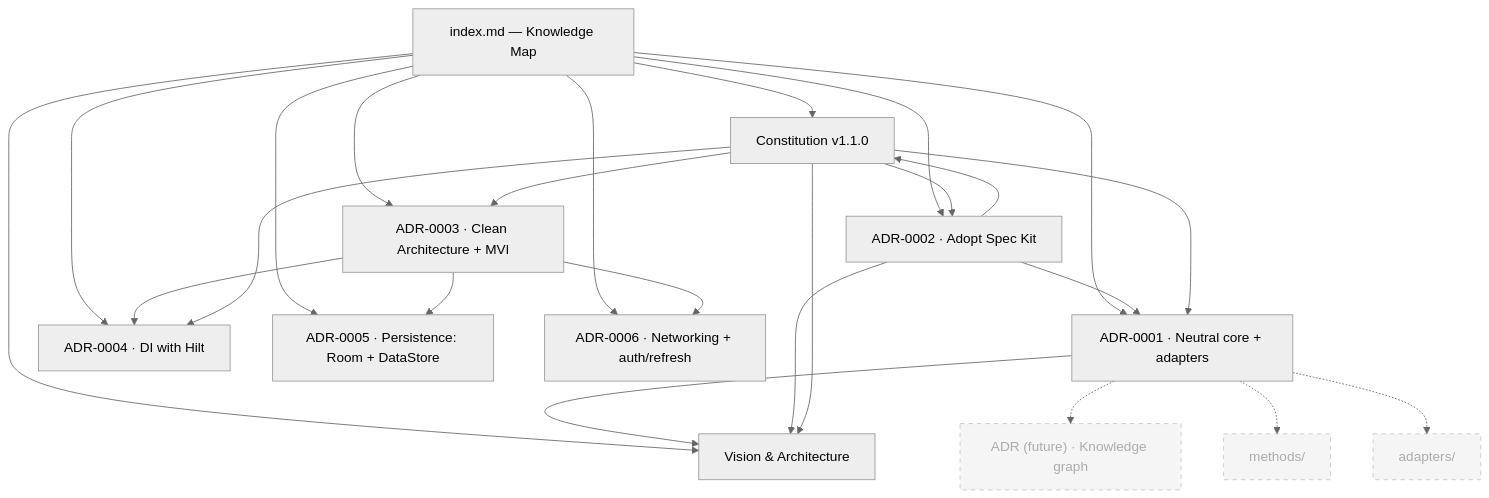
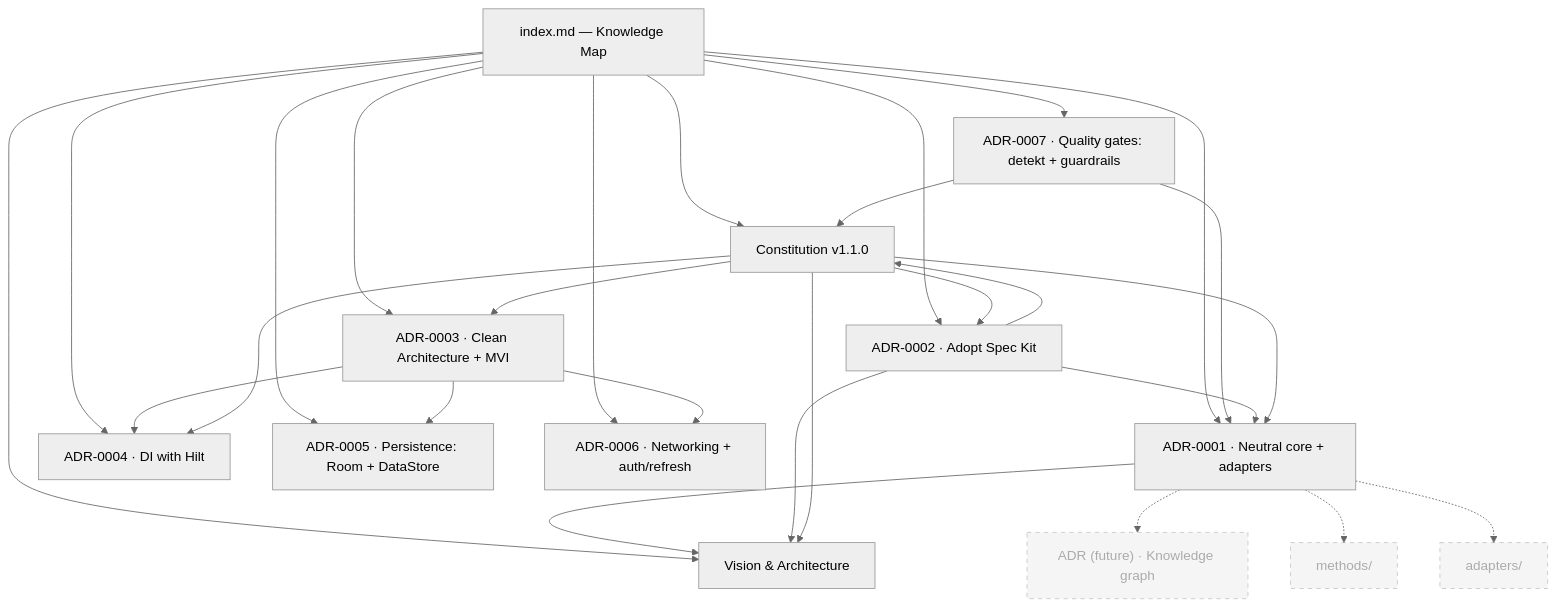
One commit to rodrigosimoesrosa/ai-native-android-development-system changed the diagram in index.md. Above: the diagram before and after it, drawn with Mermaid (neutral theme). The commit also changed other lines of this file and 25 other files, not shown here.

````diff
--- a/index.md
+++ b/index.md
@@ -13,41 +13,45 @@
 ```mermaid
 graph TD
     IDX["index.md — Knowledge Map"]
     VIS["Vision & Architecture"]
     CON["Constitution v1.1.0"]
     A1["ADR-0001 · Neutral core + adapters"]
     A2["ADR-0002 · Adopt Spec Kit"]
     A3["ADR-0003 · Clean Architecture + MVI"]
     A4["ADR-0004 · DI with Hilt"]
     A5["ADR-0005 · Persistence: Room + DataStore"]
     A6["ADR-0006 · Networking + auth/refresh"]
+    A7["ADR-0007 · Quality gates: detekt + guardrails"]
     KG["ADR (future) · Knowledge graph"]:::todo
     MET["methods/"]:::todo
     ADP["adapters/"]:::todo
 
     IDX --> VIS
     IDX --> CON
     IDX --> A1
     IDX --> A2
     IDX --> A3
     IDX --> A4
     IDX --> A5
     IDX --> A6
+    IDX --> A7
+    A7 --> A1
+    A7 --> CON
     A1 --> VIS
     A2 --> A1
     A2 --> VIS
     A2 --> CON
     A3 --> A4
     A3 --> A5
     A3 --> A6
     CON --> VIS
     CON --> A1
     CON --> A2
     CON --> A3
     CON --> A4
     A1 -.-> KG
     A1 -.-> MET
     A1 -.-> ADP
 
     classDef todo stroke-dasharray: 5 5,opacity:0.55;
 ```
````
